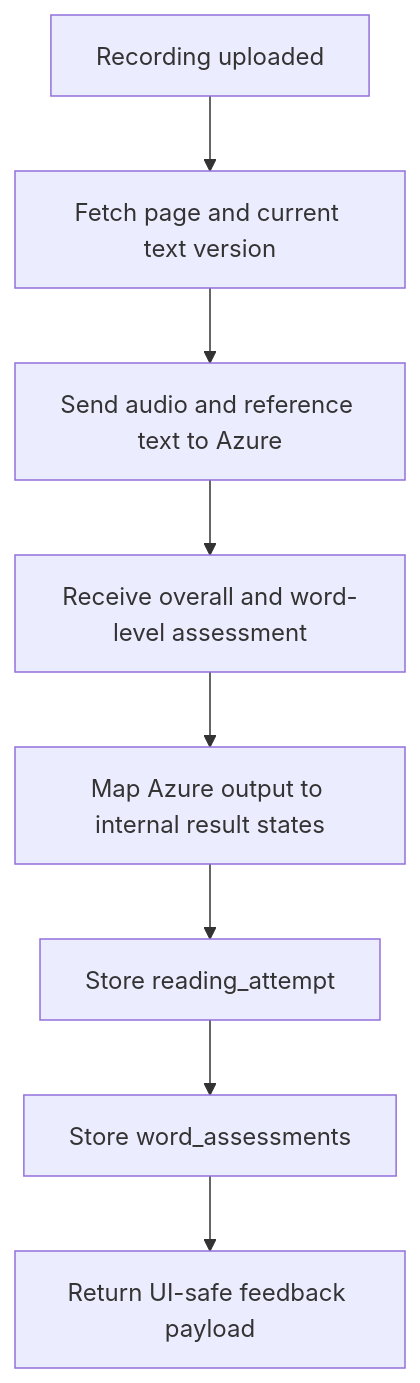
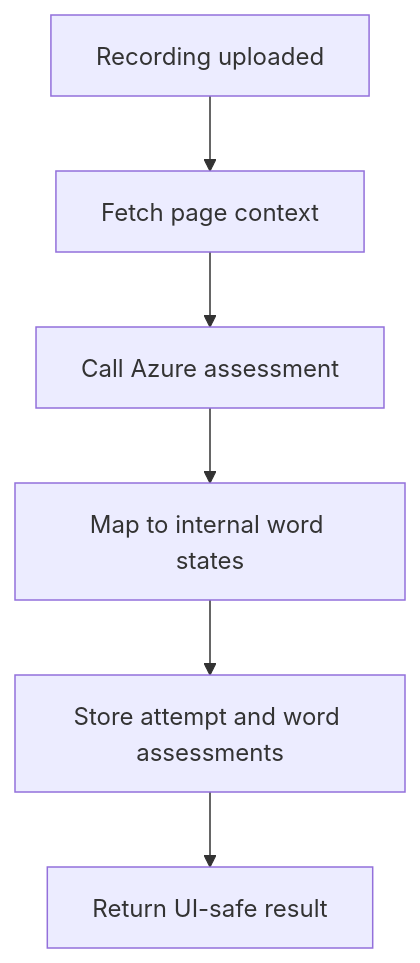
Before and after one commit to soyojuny/kids-echo-reading: the fourth of 4 diagrams in doc/process-flows.md, drawn with Mermaid. The commit also changed other lines of this file and 11 other files, not shown here.

````diff
--- a/doc/process-flows.md
+++ b/doc/process-flows.md
@@ -83,10 +80,8 @@
 ```mermaid
 flowchart TD
-  A["Recording uploaded"] --> B["Fetch page and current text version"]
-  B --> C["Send audio and reference text to Azure"]
-  C --> D["Receive overall and word-level assessment"]
-  D --> E["Map Azure output to internal result states"]
-  E --> F["Store reading_attempt"]
-  F --> G["Store word_assessments"]
-  G --> H["Return UI-safe feedback payload"]
+  A["Recording uploaded"] --> B["Fetch page context"]
+  B --> C["Call Azure assessment"]
+  C --> D["Map to internal word states"]
+  D --> E["Store attempt and word assessments"]
+  E --> F["Return UI-safe result"]
 ```
````
